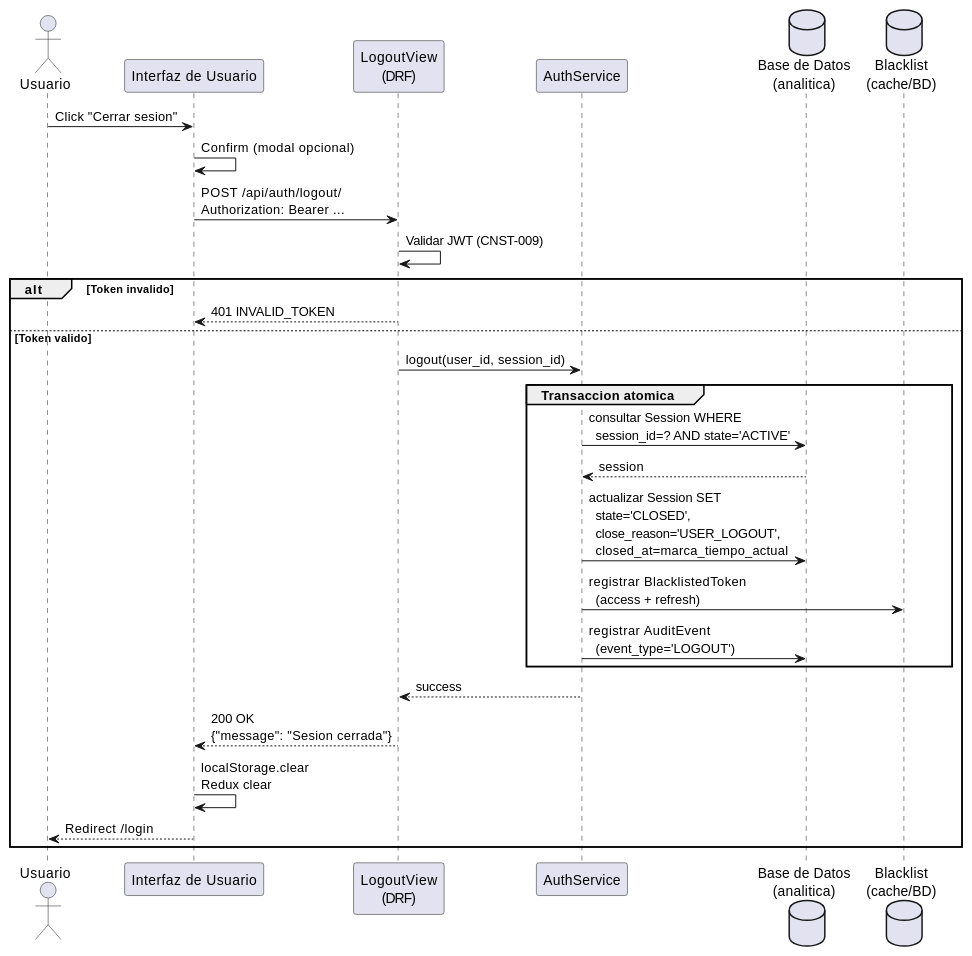
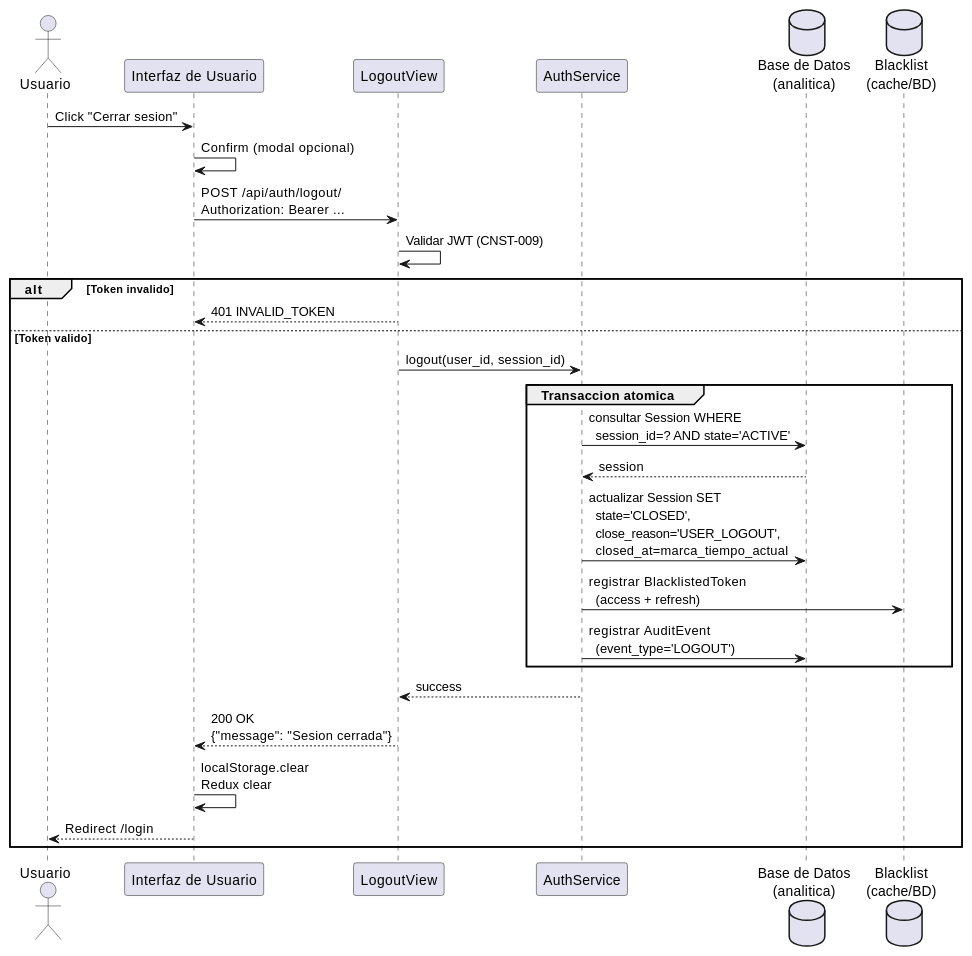
Before and after one commit to jcg-admin/IACT-docs: the diagram in source/requisitos/casos-uso/auth/uc-auth-02/diagramas-uml/diagrama-de-secuencia.rst, drawn with PlantUML. The commit also changed 46 other files, not shown here.

```diff
--- a/source/requisitos/casos-uso/auth/uc-auth-02/diagramas-uml/diagrama-de-secuencia.rst
+++ b/source/requisitos/casos-uso/auth/uc-auth-02/diagramas-uml/diagrama-de-secuencia.rst
@@ -4,37 +4,37 @@
 .. uml::
  :caption: UC_AUTH_02 — flujo principal
 
  @startuml
 
  actor Usuario as Usuario
  participant "Interfaz de Usuario" as InterfazDeUsuario
- participant "LogoutView\n(DRF)" as Logoutview
+ participant "LogoutView" as Logoutview
  participant "AuthService" as Authservice
  database "Base de Datos\n(analitica)" as BaseDeDatos
  database "Blacklist\n(cache/BD)" as Blacklist
 
  Usuario -> InterfazDeUsuario: Click "Cerrar sesion"
  InterfazDeUsuario -> InterfazDeUsuario: Confirm (modal opcional)
  InterfazDeUsuario -> Logoutview: POST /api/auth/logout/\nAuthorization: Bearer ...
 
  Logoutview -> Logoutview: Validar JWT (CNST-009)
  alt Token invalido
    Logoutview --> InterfazDeUsuario: 401 INVALID_TOKEN
  else Token valido
    Logoutview -> Authservice: logout(user_id, session_id)
 
    group Transaccion atomica
      Authservice -> BaseDeDatos: consultar Session WHERE\n  session_id=? AND state='ACTIVE'
      BaseDeDatos --> Authservice: session
      Authservice -> BaseDeDatos: actualizar Session SET\n  state='CLOSED',\n  close_reason='USER_LOGOUT',\n  closed_at=marca_tiempo_actual
      Authservice -> Blacklist: registrar BlacklistedToken\n  (access + refresh)
      Authservice -> BaseDeDatos: registrar AuditEvent\n  (event_type='LOGOUT')
    end
 
    Authservice --> Logoutview: success
    Logoutview --> InterfazDeUsuario: 200 OK\n{"message": "Sesion cerrada"}
    InterfazDeUsuario -> InterfazDeUsuario: localStorage.clear\nRedux clear
    InterfazDeUsuario --> Usuario: Redirect /login
  end
 
  @enduml
```
